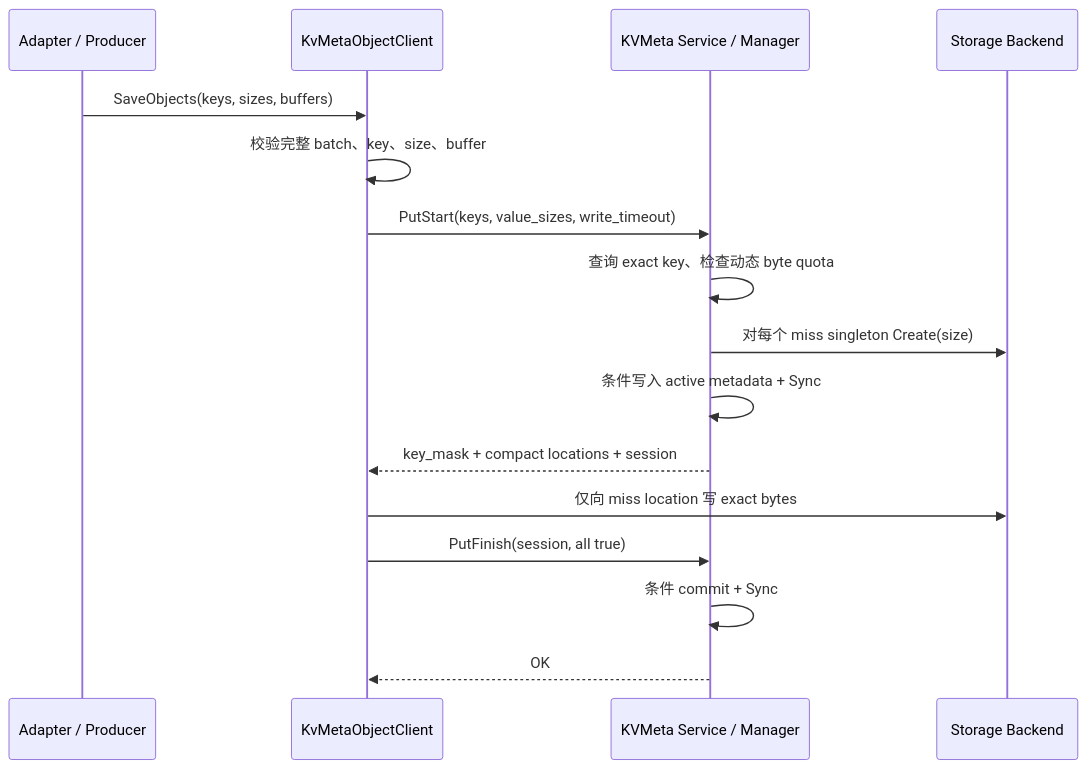
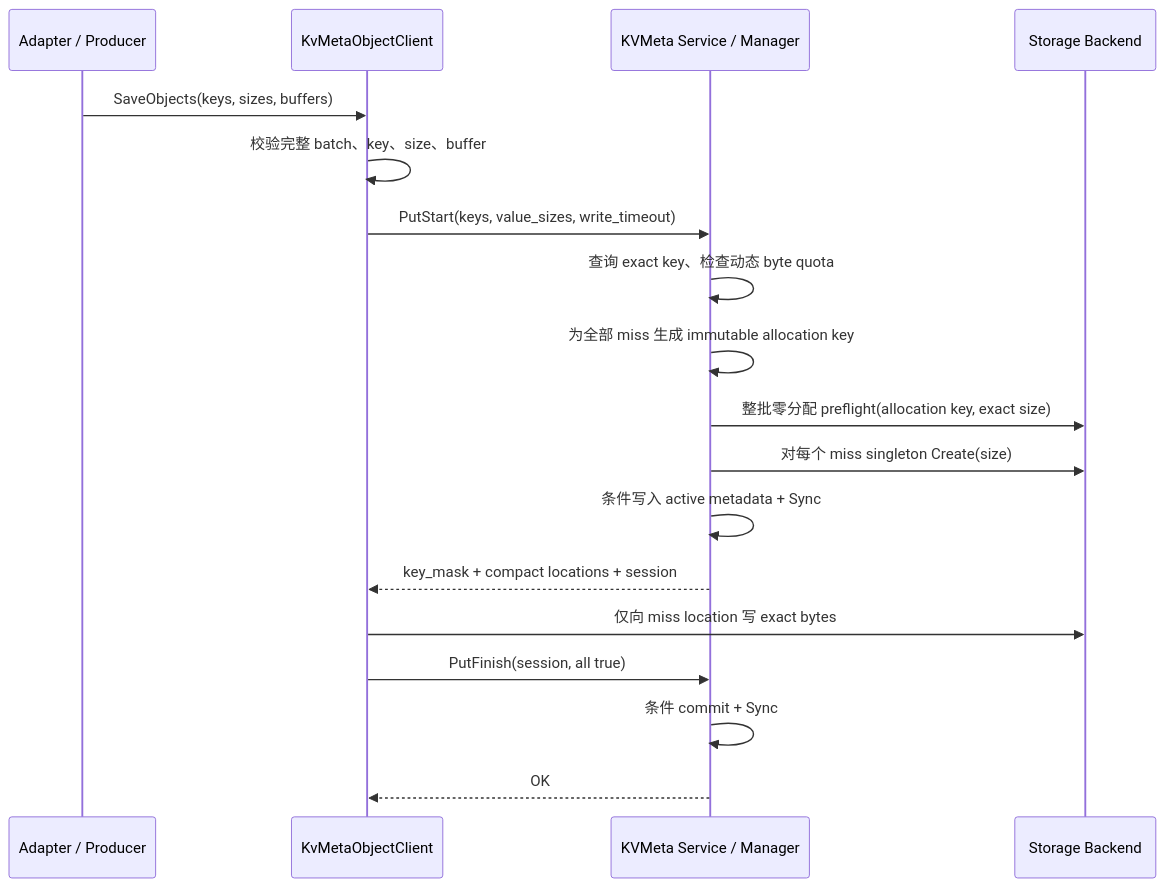
One commit to alibaba/tair-kvcache changed the second of 3 diagrams in docs/design/kv_meta_object_storage.md. Above: the diagram before and after it, drawn with Mermaid. The commit also changed other lines of this file and 36 other files, not shown here.

````diff
--- a/docs/design/kv_meta_object_storage.md
+++ b/docs/design/kv_meta_object_storage.md
@@ -439,19 +502,21 @@
 ```mermaid
 sequenceDiagram
     participant A as Adapter / Producer
     participant O as KvMetaObjectClient
     participant M as KVMeta Service / Manager
     participant S as Storage Backend
 
     A->>O: SaveObjects(keys, sizes, buffers)
     O->>O: 校验完整 batch、key、size、buffer
     O->>M: PutStart(keys, value_sizes, write_timeout)
     M->>M: 查询 exact key、检查动态 byte quota
+    M->>M: 为全部 miss 生成 immutable allocation key
+    M->>S: 整批零分配 preflight(allocation key, exact size)
     M->>S: 对每个 miss singleton Create(size)
     M->>M: 条件写入 active metadata + Sync
     M-->>O: key_mask + compact locations + session
     O->>S: 仅向 miss location 写 exact bytes
     O->>M: PutFinish(session, all true)
     M->>M: 条件 commit + Sync
     M-->>O: OK
 ```
````
